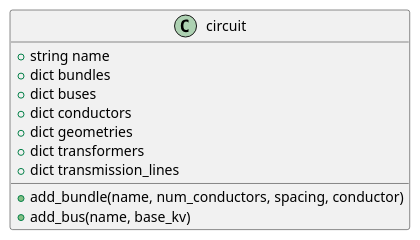
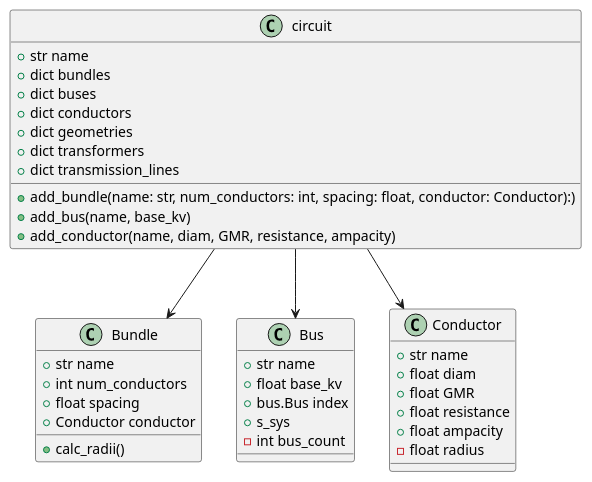
Before and after one commit to AJG184-Pitt/Project-3---GUI-Frontend: the diagram in circuit.puml, drawn with PlantUML.

```diff
--- a/circuit.puml
+++ b/circuit.puml
@@ -1,15 +1,46 @@
 @startuml
 class circuit {
-    +string name
+    +str name
     +dict bundles
     +dict buses
     +dict conductors
     +dict geometries
     +dict transformers
     +dict transmission_lines
 
-    +add_bundle(name, num_conductors, spacing, conductor)
+    +add_bundle(name: str, num_conductors: int, spacing: float, conductor: Conductor):)
     +add_bus(name, base_kv)
+    +add_conductor(name, diam, GMR, resistance, ampacity)
 
 }
+
+circuit --> Bundle
+circuit --> Bus
+circuit --> Conductor
+
+class Bundle {
+    +str name
+    +int num_conductors
+    +float spacing
+    +Conductor conductor
+
+    +calc_radii()
+}
+
+class Bus {
+    +str name
+    +float base_kv
+    +bus.Bus index
+    +s_sys
+    -int bus_count
+}
+
+class Conductor {
+    +str name
+    +float diam
+    +float GMR
+    +float resistance
+    +float ampacity
+    -float radius
+}
 @enduml
```
